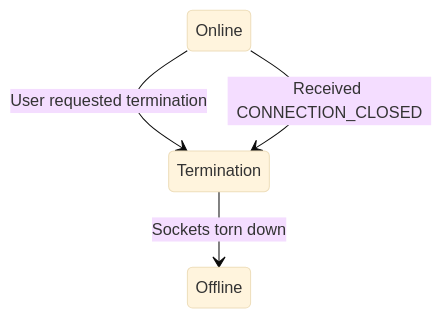
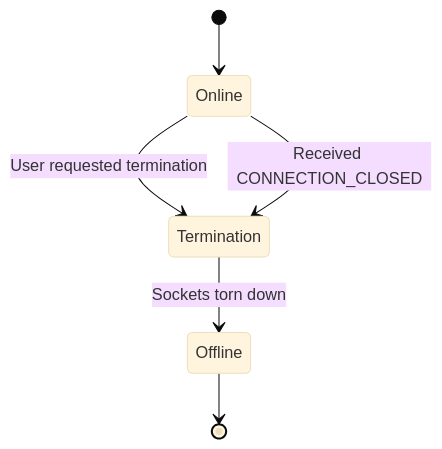
Before and after one commit to UQAC-Homework/8djv104_tp2: the third of 5 diagrams in RFC.md, drawn with Mermaid (base theme). The commit also changed other lines of this file, not shown here.

````diff
--- a/RFC.md
+++ b/RFC.md
@@ -548,6 +548,8 @@
 ```mermaid
 stateDiagram-v2
+	[*] --> Online
     Online --> Termination: User requested termination
     Online --> Termination: Received CONNECTION_CLOSED
     Termination --> Offline: Sockets torn down
+	Offline --> [*]
 ```
````
